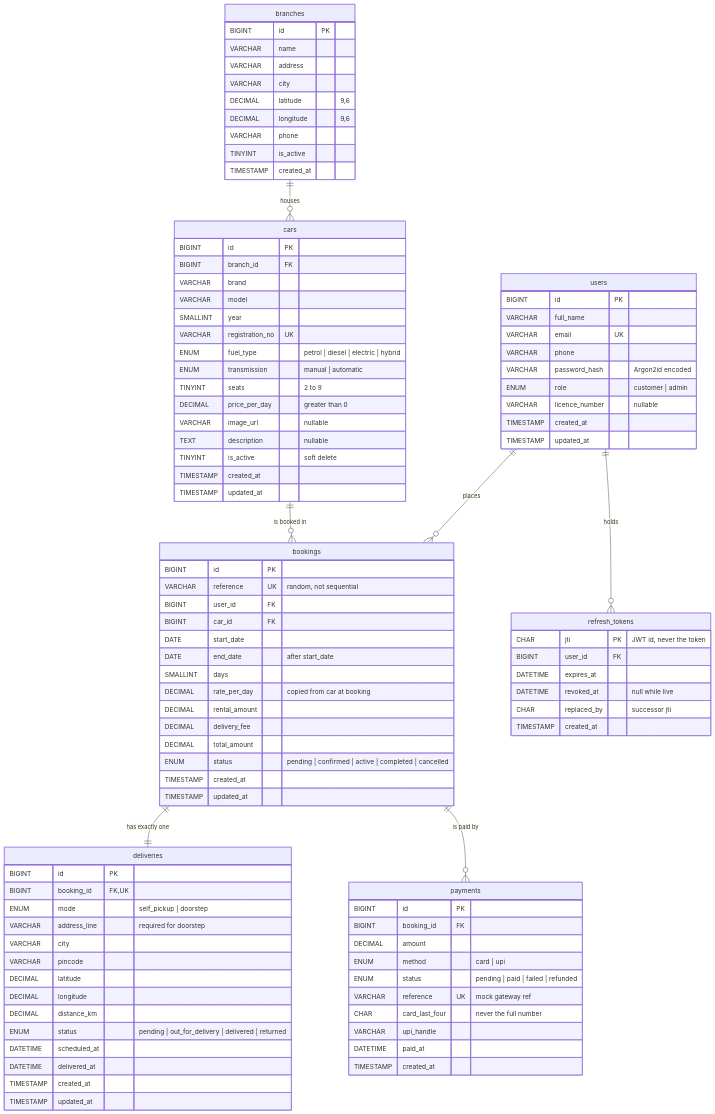
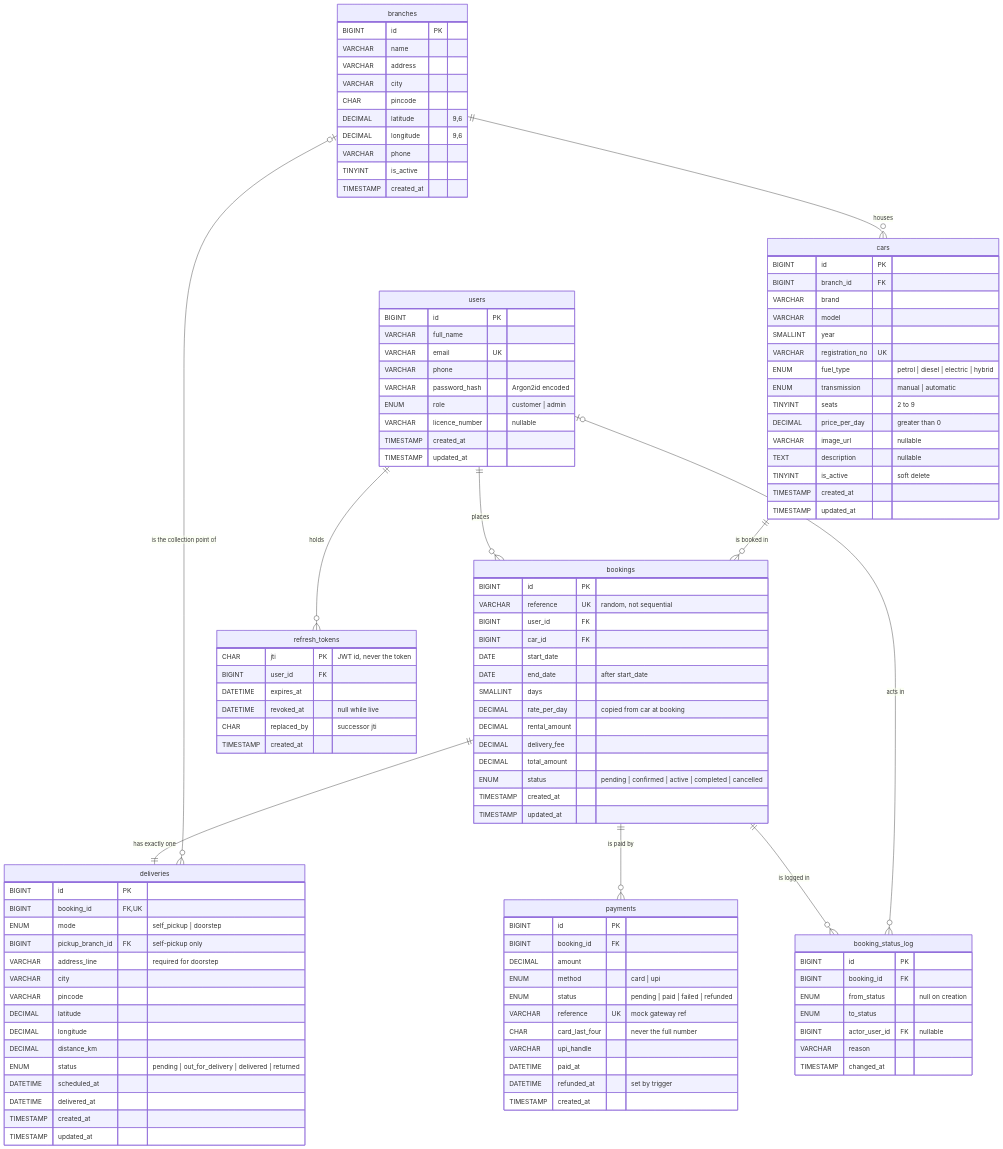
The diagram in docs/ERD.md (vrrroro/D4Drive), drawn with Mermaid before and after one commit. The commit also changed other lines of this file and 25 other files, not shown here.

````diff
--- a/docs/ERD.md
+++ b/docs/ERD.md
@@ -18,6 +20,9 @@
     cars ||--o{ bookings : "is booked in"
     bookings ||--|| deliveries : "has exactly one"
     bookings ||--o{ payments : "is paid by"
+    bookings ||--o{ booking_status_log : "is logged in"
+    users |o--o{ booking_status_log : "acts in"
+    branches |o--o{ deliveries : "is the collection point of"
 
     users {
         BIGINT id PK
@@ -45,6 +50,7 @@
         VARCHAR name
         VARCHAR address
         VARCHAR city
+        CHAR pincode
         DECIMAL latitude "9,6"
         DECIMAL longitude "9,6"
         VARCHAR phone
@@ -91,6 +97,7 @@
         BIGINT id PK
         BIGINT booking_id FK,UK
         ENUM mode "self_pickup | doorstep"
+        BIGINT pickup_branch_id FK "self-pickup only"
         VARCHAR address_line "required for doorstep"
         VARCHAR city
         VARCHAR pincode
@@ -114,6 +121,17 @@
         CHAR card_last_four "never the full number"
         VARCHAR upi_handle
         DATETIME paid_at
+        DATETIME refunded_at "set by trigger"
         TIMESTAMP created_at
     }
+
+    booking_status_log {
+        BIGINT id PK
+        BIGINT booking_id FK
+        ENUM from_status "null on creation"
+        ENUM to_status
+        BIGINT actor_user_id FK "nullable"
+        VARCHAR reason
+        TIMESTAMP changed_at
+    }
 ```
````
